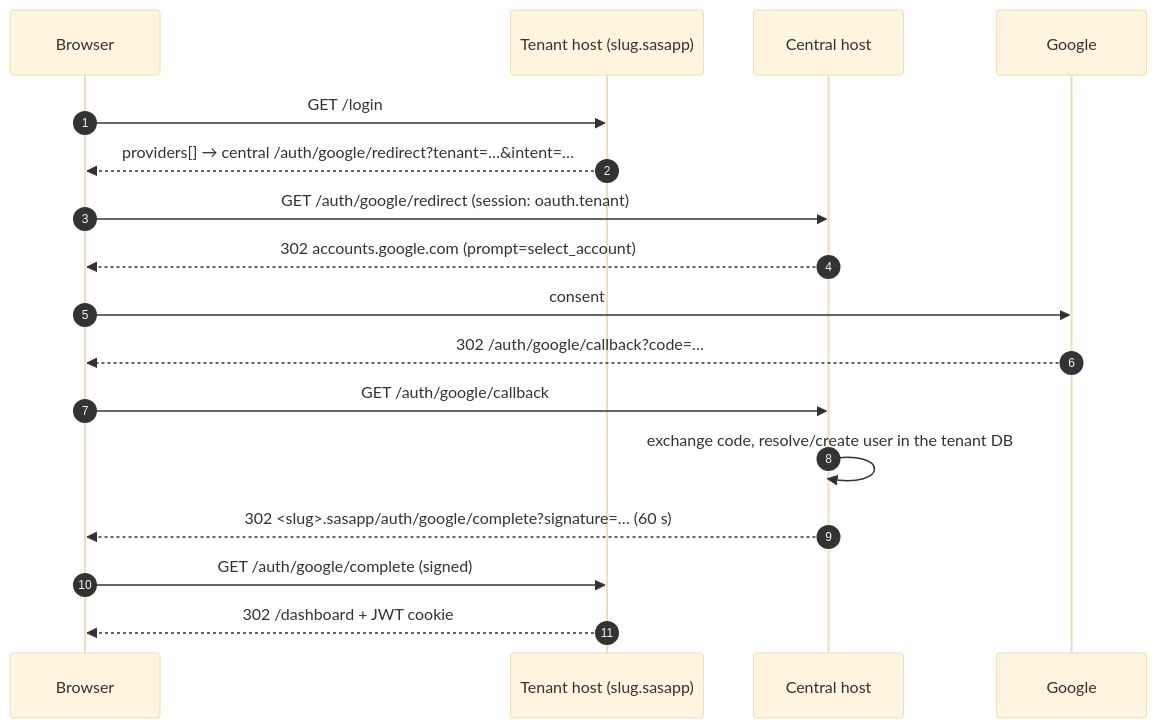
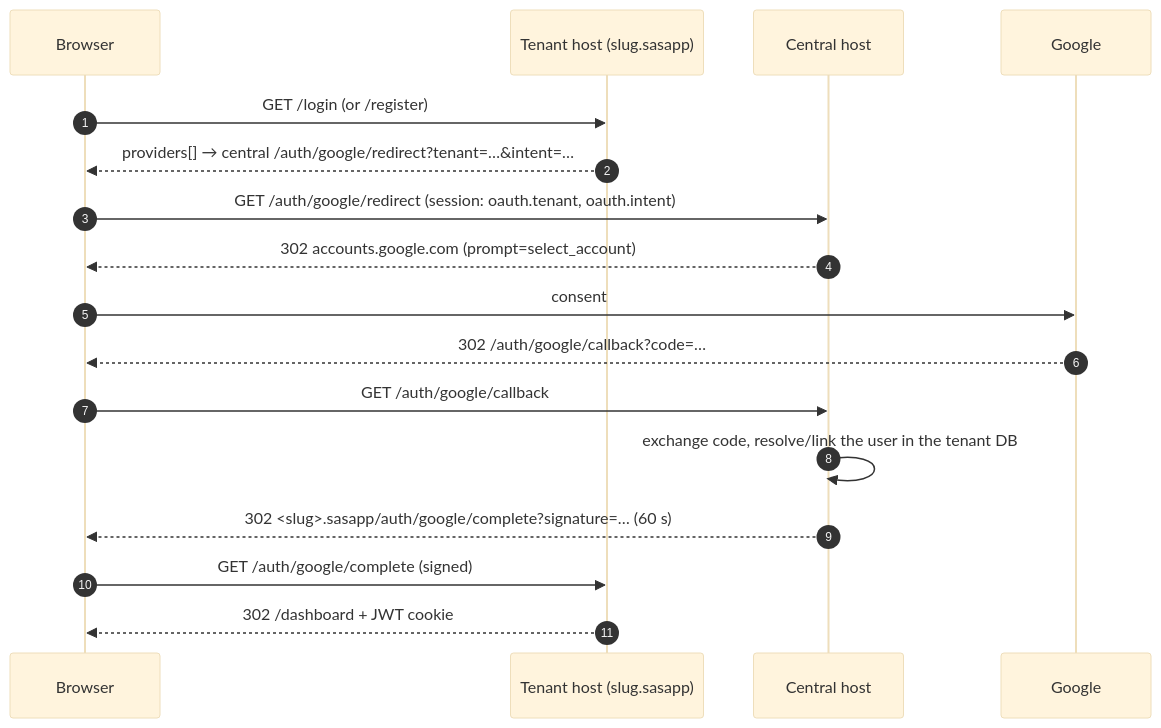
One commit to Danik2310/SaaS-Tenant-laravel changed the third of 4 diagrams in docs/architecture/04-authentication.md. Above: the diagram before and after it, drawn with Mermaid (base theme). The commit also changed other lines of this file, not shown here.

First line of the commit message:
docs(shared): document Google-first workspace signup

````diff
--- a/docs/architecture/04-authentication.md
+++ b/docs/architecture/04-authentication.md
@@ -206,20 +215,20 @@
 ```mermaid
 sequenceDiagram
     autonumber
     participant B as Browser
     participant T as Tenant host (slug.sasapp)
     participant C as Central host
     participant G as Google
 
-    B->>T: GET /login
+    B->>T: GET /login (or /register)
     T-->>B: providers[] → central /auth/google/redirect?tenant=…&intent=…
-    B->>C: GET /auth/google/redirect  (session: oauth.tenant)
+    B->>C: GET /auth/google/redirect  (session: oauth.tenant, oauth.intent)
     C-->>B: 302 accounts.google.com (prompt=select_account)
     B->>G: consent
     G-->>B: 302 /auth/google/callback?code=…
     B->>C: GET /auth/google/callback
-    C->>C: exchange code, resolve/create user in the tenant DB
+    C->>C: exchange code, resolve/link the user in the tenant DB
     C-->>B: 302 <slug>.sasapp/auth/google/complete?signature=… (60 s)
     B->>T: GET /auth/google/complete  (signed)
     T-->>B: 302 /dashboard + JWT cookie
 ```
````
